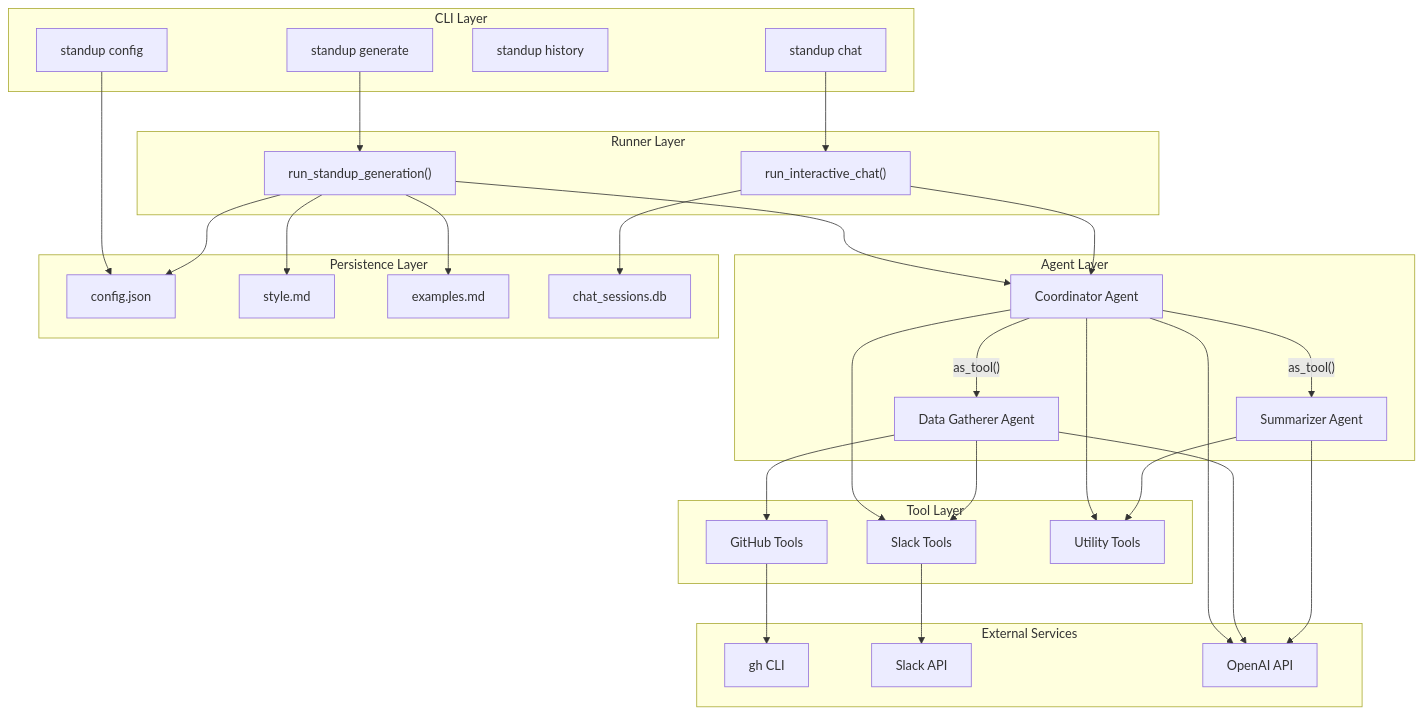
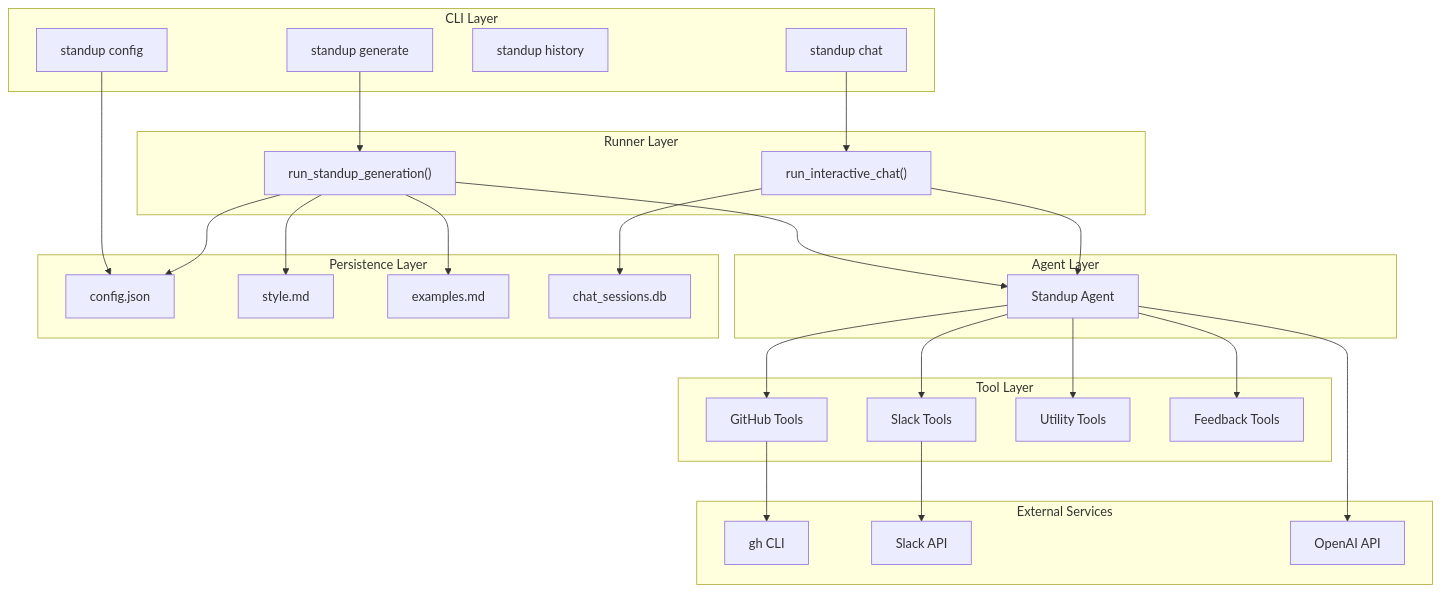
Before and after one commit to andrewm4894/github-standup-agent: the first of 3 diagrams in ARCHITECTURE.md, drawn with Mermaid. The commit also changed other lines of this file and 25 other files, not shown here.

First line of the commit message:
Collapse 3-agent system into single Standup Agent (#6)

````diff
--- a/ARCHITECTURE.md
+++ b/ARCHITECTURE.md
@@ -7,66 +7,59 @@
 ```mermaid
 flowchart TB
     subgraph CLI["CLI Layer"]
         generate["standup generate"]
         chat["standup chat"]
         history["standup history"]
         config["standup config"]
     end
 
     subgraph Runner["Runner Layer"]
         run_standup["run_standup_generation()"]
         run_chat["run_interactive_chat()"]
     end
 
-    subgraph Agents["Agent Layer"]
-        coord["Coordinator Agent"]
-        dg["Data Gatherer Agent"]
-        sum["Summarizer Agent"]
+    subgraph Agent["Agent Layer"]
+        standup["Standup Agent"]
     end
 
     subgraph Tools["Tool Layer"]
         gh_tools["GitHub Tools"]
         slack_tools["Slack Tools"]
         util_tools["Utility Tools"]
+        feedback_tools["Feedback Tools"]
     end
 
     subgraph External["External Services"]
         gh_cli["gh CLI"]
         slack_api["Slack API"]
         openai["OpenAI API"]
     end
 
     subgraph Storage["Persistence Layer"]
         config_json["config.json"]
         style_md["style.md"]
         examples_md["examples.md"]
         sessions_db["chat_sessions.db"]
     end
 
     generate --> run_standup
     chat --> run_chat
     config --> config_json
 
-    run_standup --> coord
-    run_chat --> coord
+    run_standup --> standup
+    run_chat --> standup
 
-    coord -->|"as_tool()"| dg
-    coord -->|"as_tool()"| sum
-    coord --> util_tools
-    coord --> slack_tools
-
-    dg --> gh_tools
-    dg --> slack_tools
-    sum --> util_tools
+    standup --> gh_tools
+    standup --> slack_tools
+    standup --> util_tools
+    standup --> feedback_tools
 
     gh_tools --> gh_cli
     slack_tools --> slack_api
-    coord --> openai
-    dg --> openai
-    sum --> openai
+    standup --> openai
 
     run_standup --> config_json
     run_standup --> style_md
     run_standup --> examples_md
     run_chat --> sessions_db
 ```
````
